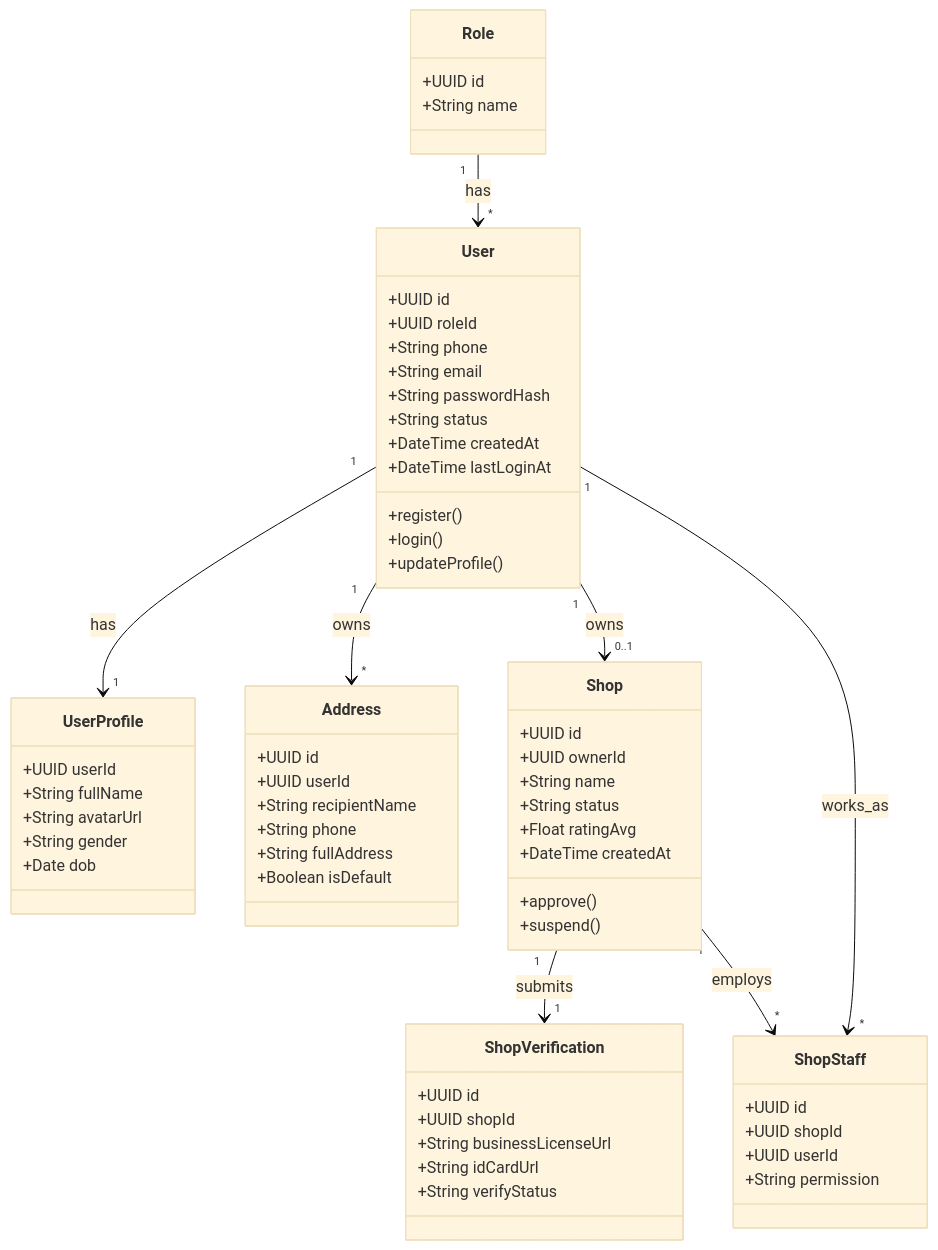
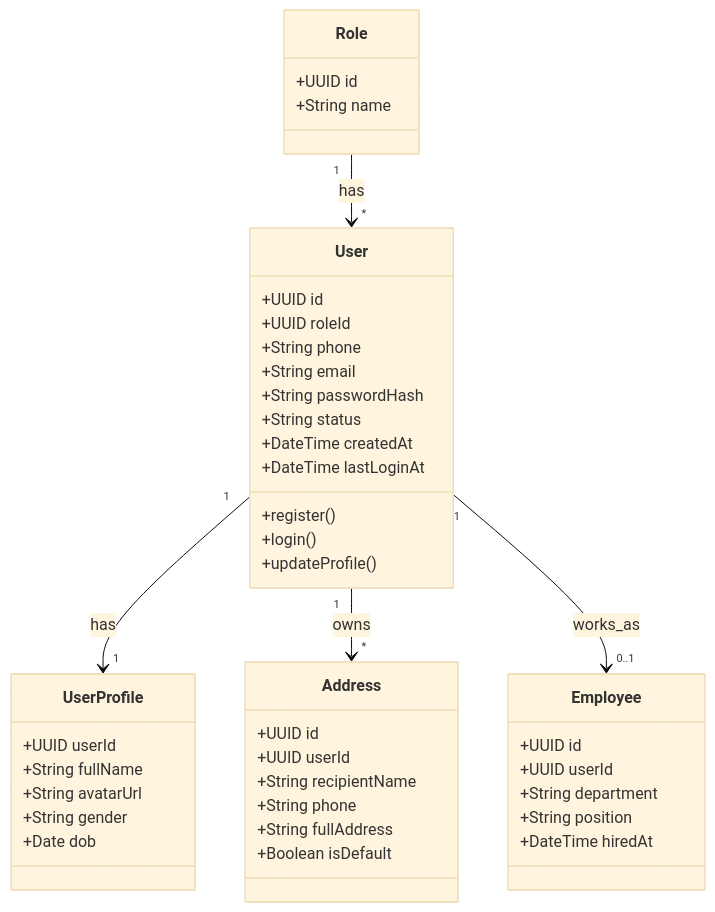
One commit to KhanhChung2k5/Shopee changed the second of 6 diagrams in crm-ecommerce-class-diagram.md. Above: the diagram before and after it, drawn with Mermaid (base theme). The commit also changed other lines of this file, not shown here.

Commit message:
update db diagram

````diff
--- a/crm-ecommerce-class-diagram.md
+++ b/crm-ecommerce-class-diagram.md
@@ -176,72 +156,51 @@
 ```mermaid
 classDiagram
     class User {
         +UUID id
         +UUID roleId
         +String phone
         +String email
         +String passwordHash
         +String status
         +DateTime createdAt
         +DateTime lastLoginAt
         +register()
         +login()
         +updateProfile()
     }
 
     class UserProfile {
         +UUID userId
         +String fullName
         +String avatarUrl
         +String gender
         +Date dob
     }
 
     class Address {
         +UUID id
         +UUID userId
         +String recipientName
         +String phone
         +String fullAddress
         +Boolean isDefault
     }
 
     class Role {
         +UUID id
         +String name
     }
 
-    class Shop {
+    class Employee {
         +UUID id
-        +UUID ownerId
-        +String name
-        +String status
-        +Float ratingAvg
-        +DateTime createdAt
-        +approve()
-        +suspend()
-    }
-
-    class ShopVerification {
-        +UUID id
-        +UUID shopId
-        +String businessLicenseUrl
-        +String idCardUrl
-        +String verifyStatus
-    }
-
-    class ShopStaff {
-        +UUID id
-        +UUID shopId
         +UUID userId
-        +String permission
+        +String department
+        +String position
+        +DateTime hiredAt
     }
 
     User "1" --> "1" UserProfile : has
     User "1" --> "*" Address : owns
     Role "1" --> "*" User : has
-    User "1" --> "0..1" Shop : owns
-    Shop "1" --> "1" ShopVerification : submits
-    Shop "1" --> "*" ShopStaff : employs
-    User "1" --> "*" ShopStaff : works_as
+    User "1" --> "0..1" Employee : works_as
 ```
````
